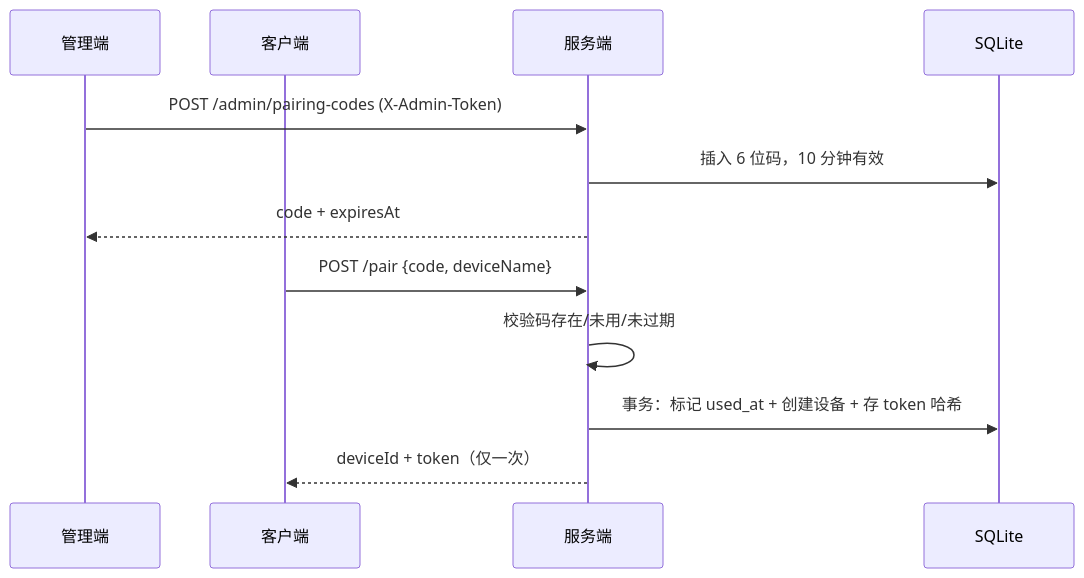
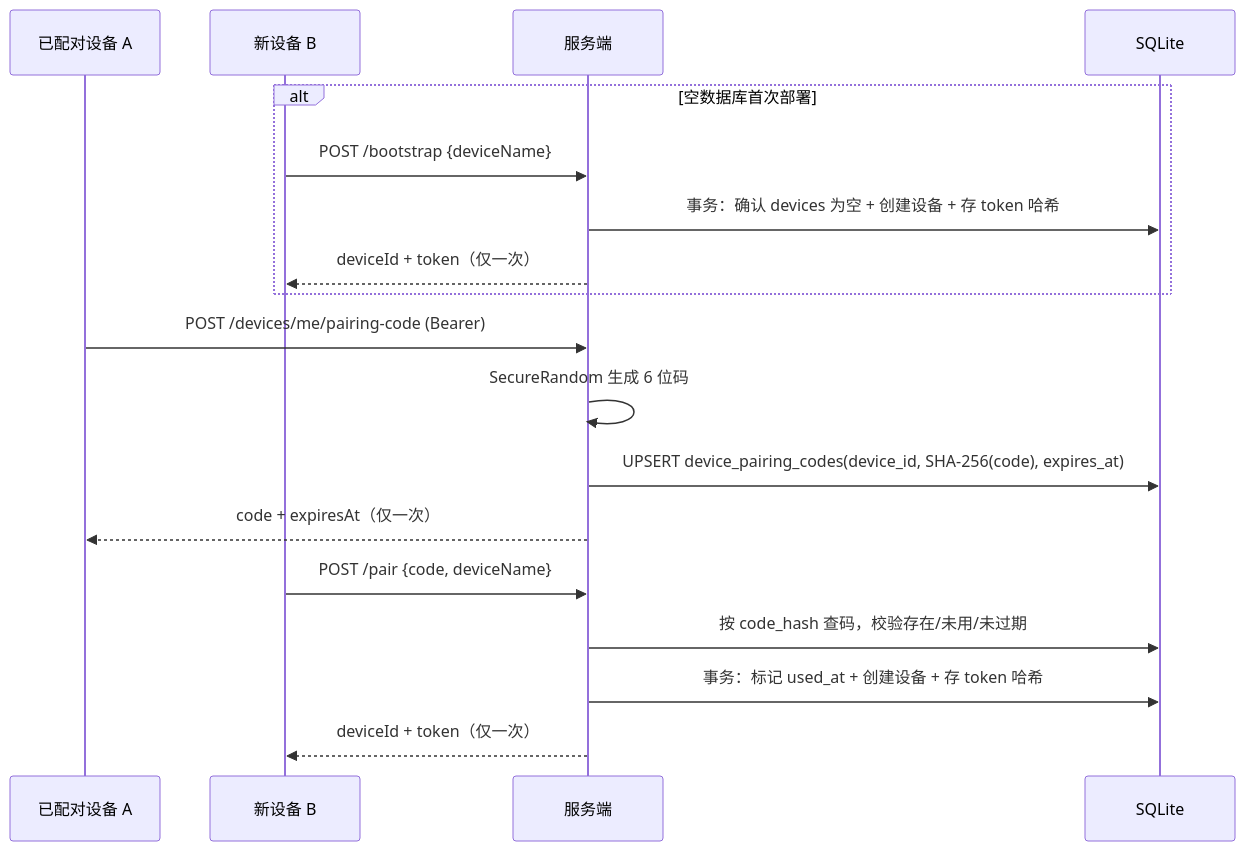
One commit to xingfengwxx/Clipbox changed the third of 8 diagrams in docs/服务端技术架构.md. Above: the diagram before and after it, drawn with Mermaid. The commit also changed other lines of this file and 25 other files, not shown here.

````diff
--- a/docs/服务端技术架构.md
+++ b/docs/服务端技术架构.md
@@ -639,15 +650,21 @@
 ```mermaid
 sequenceDiagram
-    participant Admin as 管理端
-    participant C as 客户端
+    participant A as 已配对设备 A
+    participant C as 新设备 B
     participant S as 服务端
     participant DB as SQLite
 
-    Admin->>S: POST /admin/pairing-codes (X-Admin-Token)
-    S->>DB: 插入 6 位码，10 分钟有效
-    S-->>Admin: code + expiresAt
+    alt 空数据库首次部署
+        C->>S: POST /bootstrap {deviceName}
+        S->>DB: 事务：确认 devices 为空 + 创建设备 + 存 token 哈希
+        S-->>C: deviceId + token（仅一次）
+    end
+    A->>S: POST /devices/me/pairing-code (Bearer)
+    S->>S: SecureRandom 生成 6 位码
+    S->>DB: UPSERT device_pairing_codes(device_id, SHA-256(code), expires_at)
+    S-->>A: code + expiresAt（仅一次）
     C->>S: POST /pair {code, deviceName}
-    S->>S: 校验码存在/未用/未过期
+    S->>DB: 按 code_hash 查码，校验存在/未用/未过期
     S->>DB: 事务：标记 used_at + 创建设备 + 存 token 哈希
     S-->>C: deviceId + token（仅一次）
 ```
````
